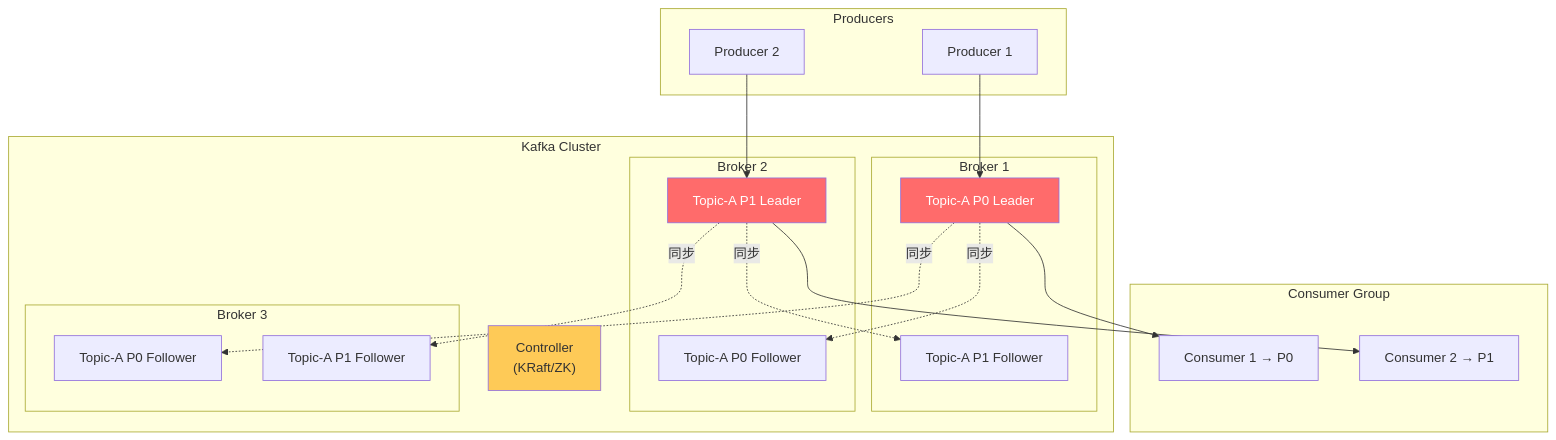
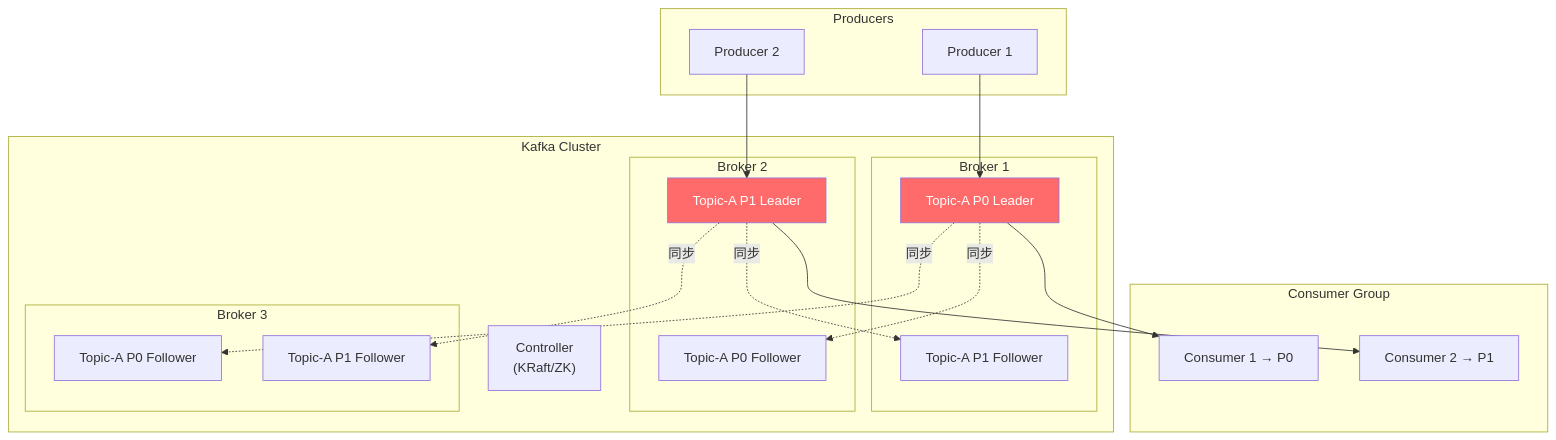
One commit to qigao0787-ops/gq-test changed diagram 20 of 31 in document/strengthen/分布式技术面试总结_增强版.md. Above: the diagram before and after it, drawn with Mermaid. The commit also changed other lines of this file, not shown here.

````diff
--- a/document/strengthen/分布式技术面试总结_增强版.md
+++ b/document/strengthen/分布式技术面试总结_增强版.md
@@ -1448,41 +1658,40 @@
 ```mermaid
 flowchart TB
     subgraph Producers
         P1[Producer 1]
         P2[Producer 2]
     end
 
     subgraph Kafka_Cluster["Kafka Cluster"]
         subgraph Broker1["Broker 1"]
             T1P0L["Topic-A P0 Leader"]
             T1P1F["Topic-A P1 Follower"]
         end
         subgraph Broker2["Broker 2"]
             T1P0F["Topic-A P0 Follower"]
             T1P1L["Topic-A P1 Leader"]
         end
         subgraph Broker3["Broker 3"]
             T1P0F2["Topic-A P0 Follower"]
             T1P1F2["Topic-A P1 Follower"]
         end
         Controller["Controller<br/>(KRaft/ZK)"]
     end
 
     subgraph Consumers["Consumer Group"]
         C1[Consumer 1 → P0]
         C2[Consumer 2 → P1]
     end
 
     P1 --> T1P0L
     P2 --> T1P1L
     T1P0L -.同步.-> T1P0F
     T1P0L -.同步.-> T1P0F2
     T1P1L -.同步.-> T1P1F
     T1P1L -.同步.-> T1P1F2
     T1P0L --> C1
     T1P1L --> C2
 
     style T1P0L fill:#ff6b6b,color:#fff
     style T1P1L fill:#ff6b6b,color:#fff
-    style Controller fill:#feca57
 ```
````
